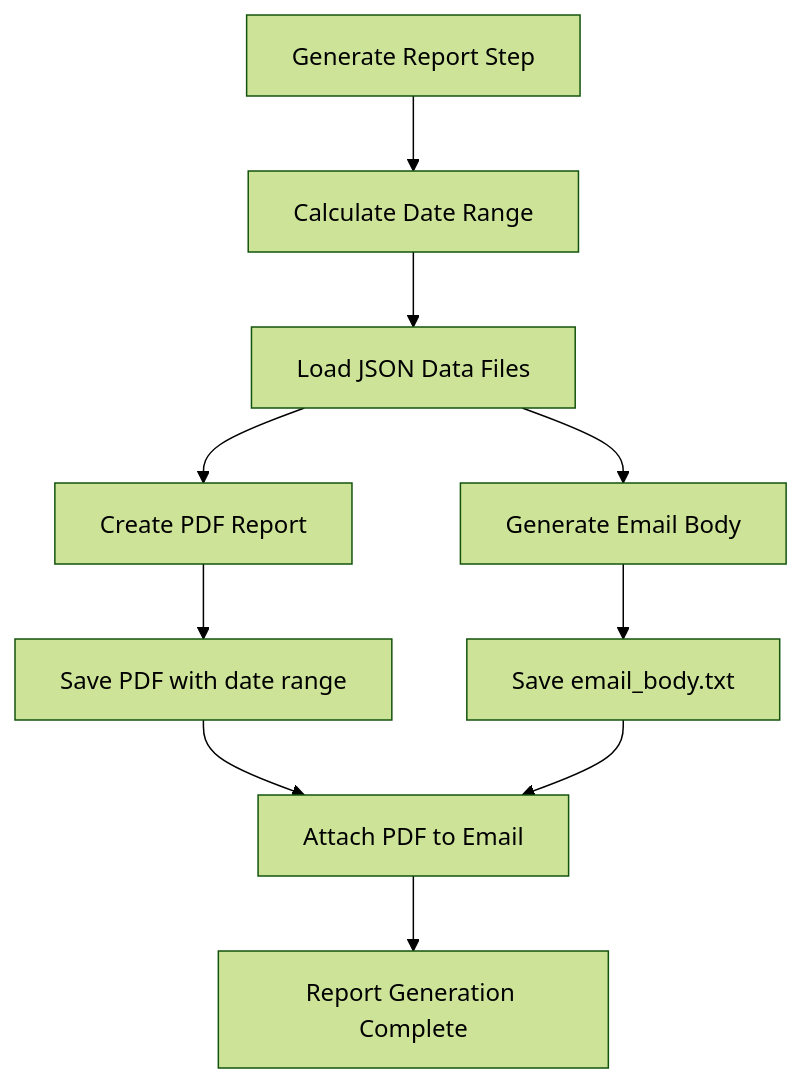
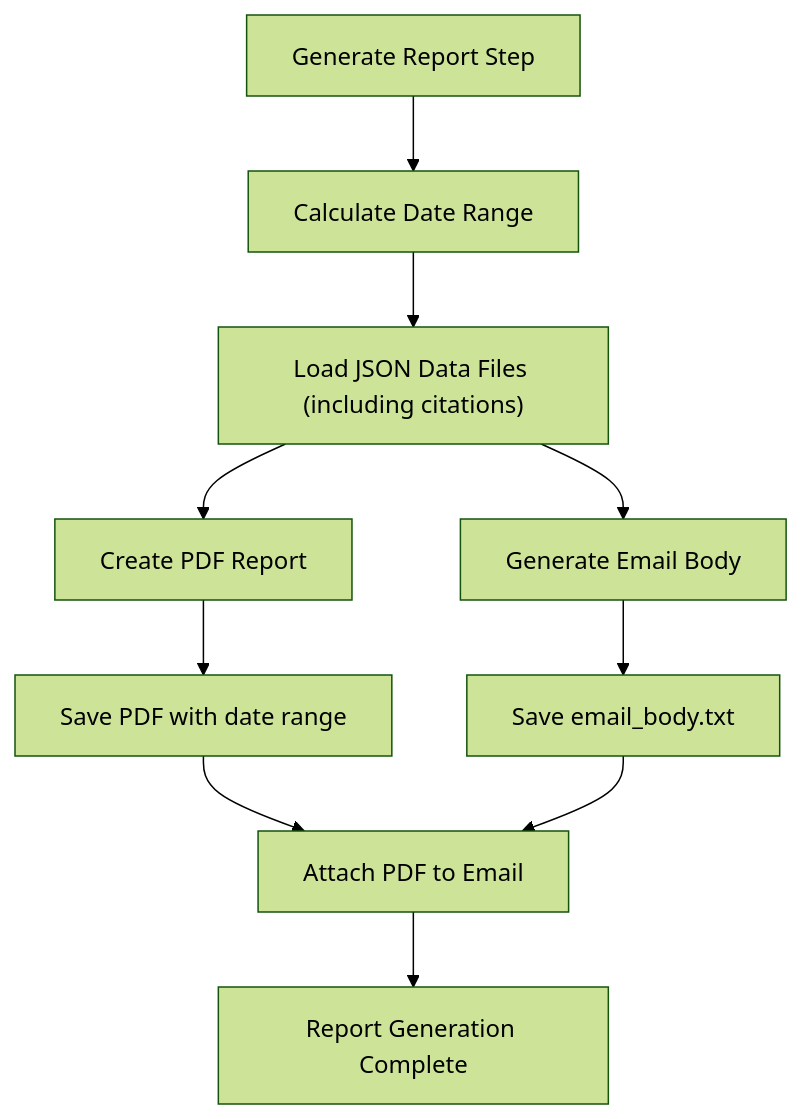
Before and after one commit to junxie01/paper_weekly: the eighth of 11 diagrams in .qoder/repowiki/en/content/Configuration Guide/GitHub Actions Workflow.md, drawn with Mermaid (forest theme). The commit also changed other lines of this file and 5 other files, not shown here.

````diff
--- a/.qoder/repowiki/en/content/Configuration Guide/GitHub Actions Workflow.md
+++ b/.qoder/repowiki/en/content/Configuration Guide/GitHub Actions Workflow.md
@@ -228,12 +282,12 @@
 ```mermaid
 flowchart TD
 ReportStart["Generate Report Step"] --> Calc["Calculate Date Range"]
-Calc --> LoadData["Load JSON Data Files"]
+Calc --> LoadData["Load JSON Data Files (including citations)"]
 LoadData --> CreatePDF["Create PDF Report"]
 LoadData --> CreateEmail["Generate Email Body"]
 CreatePDF --> SavePDF["Save PDF with date range"]
 CreateEmail --> SaveEmail["Save email_body.txt"]
 SavePDF --> Attach["Attach PDF to Email"]
 SaveEmail --> Attach
 Attach --> Complete["Report Generation Complete"]
 ```
````
